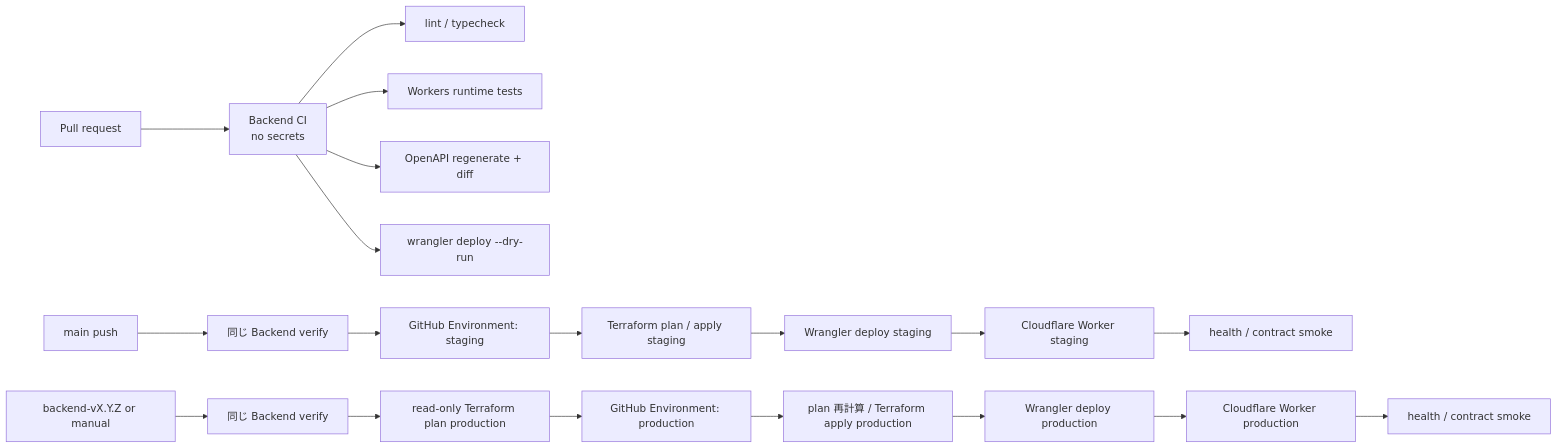
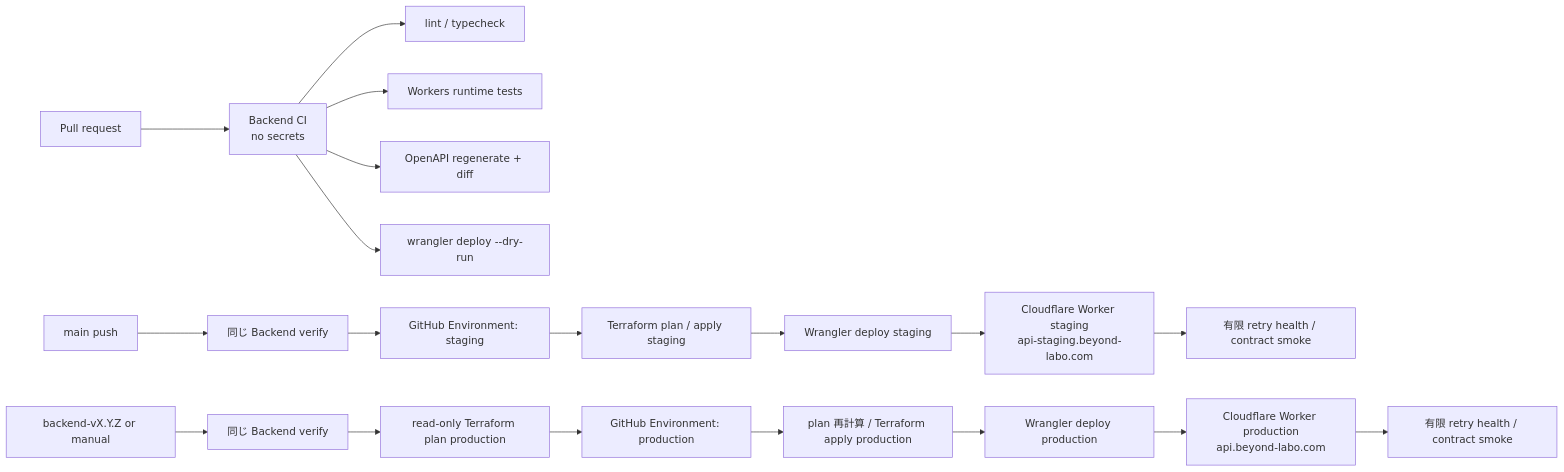
One commit to beyond-labo/free-time-matching changed the diagram in .kiro/specs/backend-ci-cd/brief.md. Above: the diagram before and after it, drawn with Mermaid. The commit also changed other lines of this file and 56 other files, not shown here.

````diff
--- a/.kiro/specs/backend-ci-cd/brief.md
+++ b/.kiro/specs/backend-ci-cd/brief.md
@@ -119,23 +128,23 @@
 ```mermaid
 flowchart LR
     PR[Pull request] --> CI[Backend CI<br/>no secrets]
     CI --> Static[lint / typecheck]
     CI --> Runtime[Workers runtime tests]
     CI --> Contract[OpenAPI regenerate + diff]
     CI --> Bundle[wrangler deploy --dry-run]
 
     Main[main push] --> Gate[同じ Backend verify]
     Gate --> Staging[GitHub Environment: staging]
     Staging --> TFStage[Terraform plan / apply staging]
     TFStage --> StageDeploy[Wrangler deploy staging]
-    StageDeploy --> StageWorker[Cloudflare Worker staging]
-    StageWorker --> StageSmoke[health / contract smoke]
+    StageDeploy --> StageWorker[Cloudflare Worker staging<br/>api-staging.beyond-labo.com]
+    StageWorker --> StageSmoke[有限 retry health / contract smoke]
 
     Tag[backend-vX.Y.Z or manual] --> ProdGate[同じ Backend verify]
     ProdGate --> TFProd[read-only Terraform plan production]
     TFProd --> Approval[GitHub Environment: production]
     Approval --> TFApply[plan 再計算 / Terraform apply production]
     TFApply --> ProdDeploy[Wrangler deploy production]
-    ProdDeploy --> ProdWorker[Cloudflare Worker production]
-    ProdWorker --> ProdSmoke[health / contract smoke]
+    ProdDeploy --> ProdWorker[Cloudflare Worker production<br/>api.beyond-labo.com]
+    ProdWorker --> ProdSmoke[有限 retry health / contract smoke]
 ```
````
